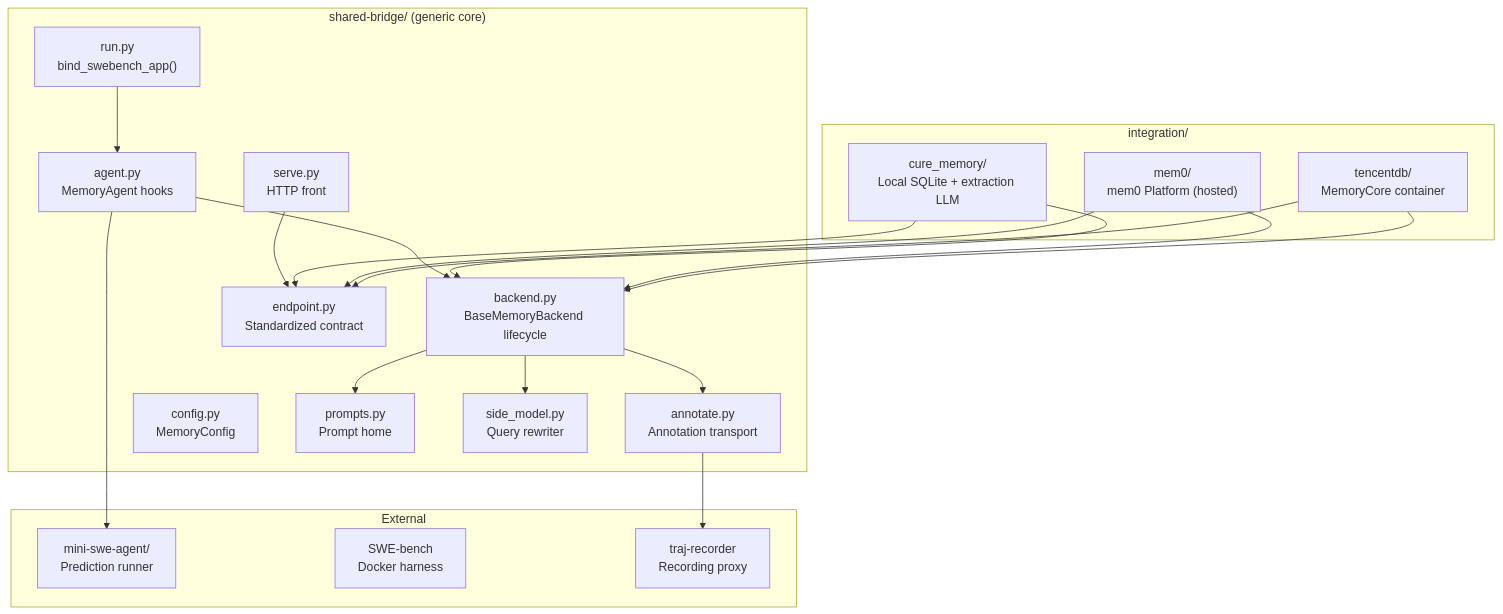
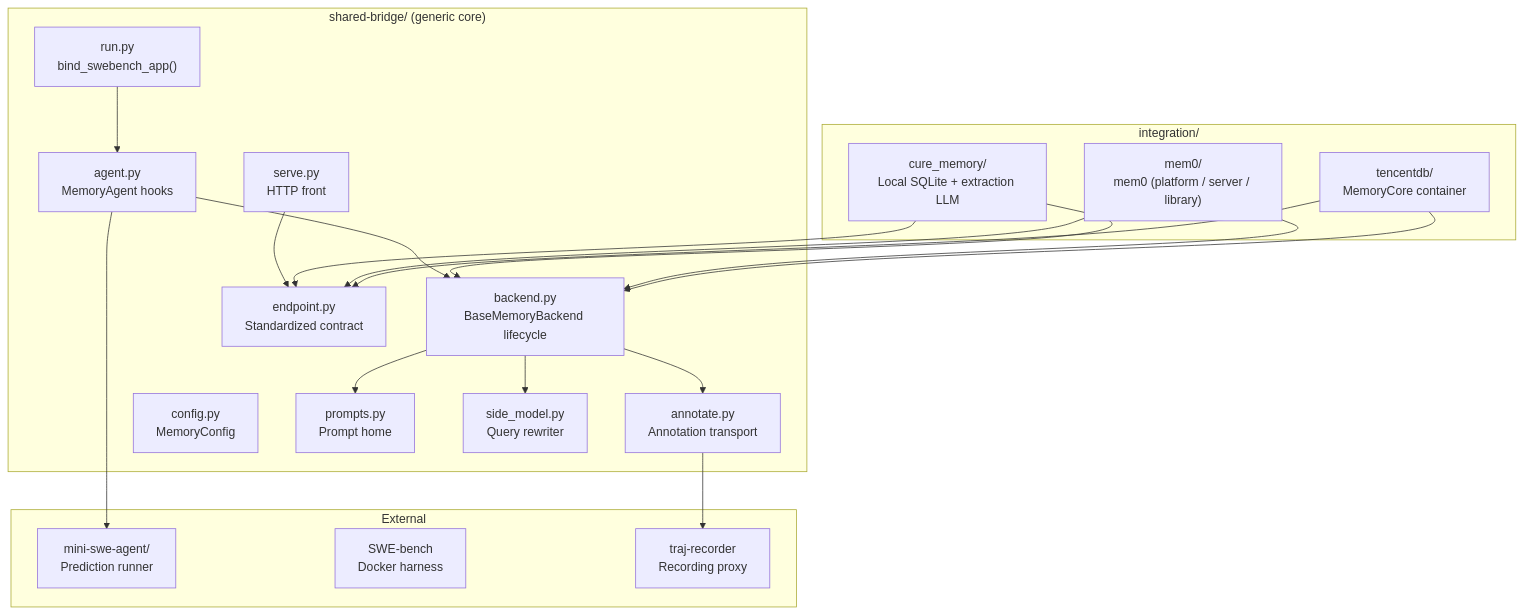
The first of 2 diagrams in docs/en/concepts/architecture.md (ChangranXU/memory-bridge), drawn with Mermaid before and after one commit. The commit also changed other lines of this file and 55 other files, not shown here.

First line of the commit message:
feat(mem0): add OSS server and in-process library deployment modes

````diff
--- a/docs/en/concepts/architecture.md
+++ b/docs/en/concepts/architecture.md
@@ -11,41 +11,41 @@
 ```mermaid
 graph TB
     subgraph "shared-bridge/ (generic core)"
         agent["agent.py<br/>MemoryAgent hooks"]
         backend["backend.py<br/>BaseMemoryBackend lifecycle"]
         endpoint["endpoint.py<br/>Standardized contract"]
         serve["serve.py<br/>HTTP front"]
         annotate["annotate.py<br/>Annotation transport"]
         config["config.py<br/>MemoryConfig"]
         prompts["prompts.py<br/>Prompt home"]
         side["side_model.py<br/>Query rewriter"]
         run["run.py<br/>bind_swebench_app()"]
     end
 
     subgraph "integration/"
         cure["cure_memory/<br/>Local SQLite + extraction LLM"]
-        mem0["mem0/<br/>mem0 Platform (hosted)"]
+        mem0["mem0/<br/>mem0 (platform / server / library)"]
         tencentdb["tencentdb/<br/>MemoryCore container"]
     end
 
     subgraph "External"
         mini["mini-swe-agent/<br/>Prediction runner"]
         swebench["SWE-bench<br/>Docker harness"]
         recorder["traj-recorder<br/>Recording proxy"]
     end
 
     agent --> backend
     backend --> annotate
     backend --> prompts
     backend --> side
     serve --> endpoint
     run --> agent
     cure --> backend
     cure --> endpoint
     mem0 --> backend
     tencentdb --> backend
     mem0 --> endpoint
     tencentdb --> endpoint
     agent --> mini
     annotate --> recorder
 ```
````
